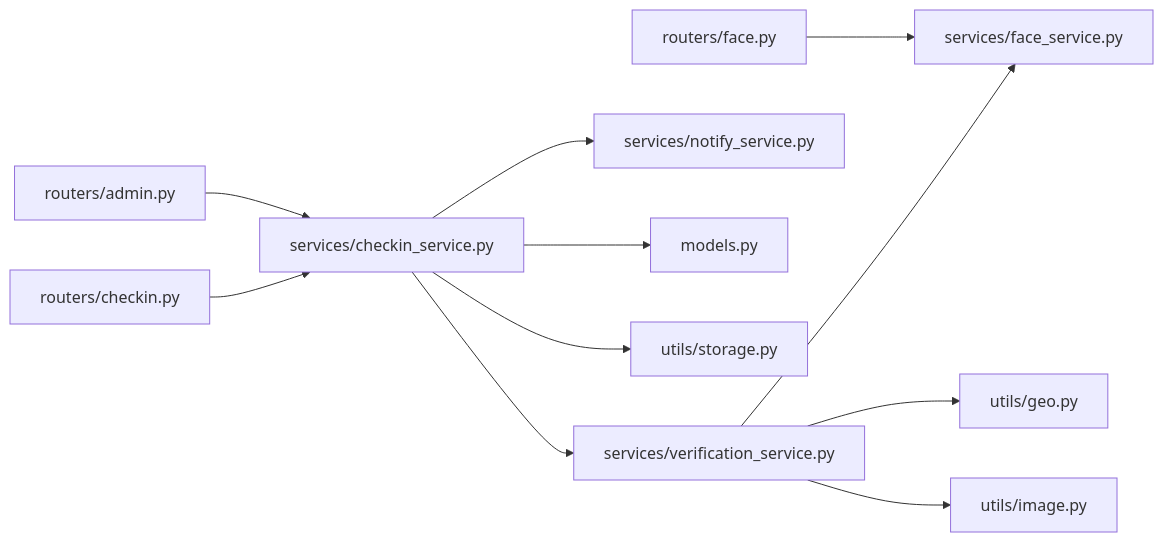
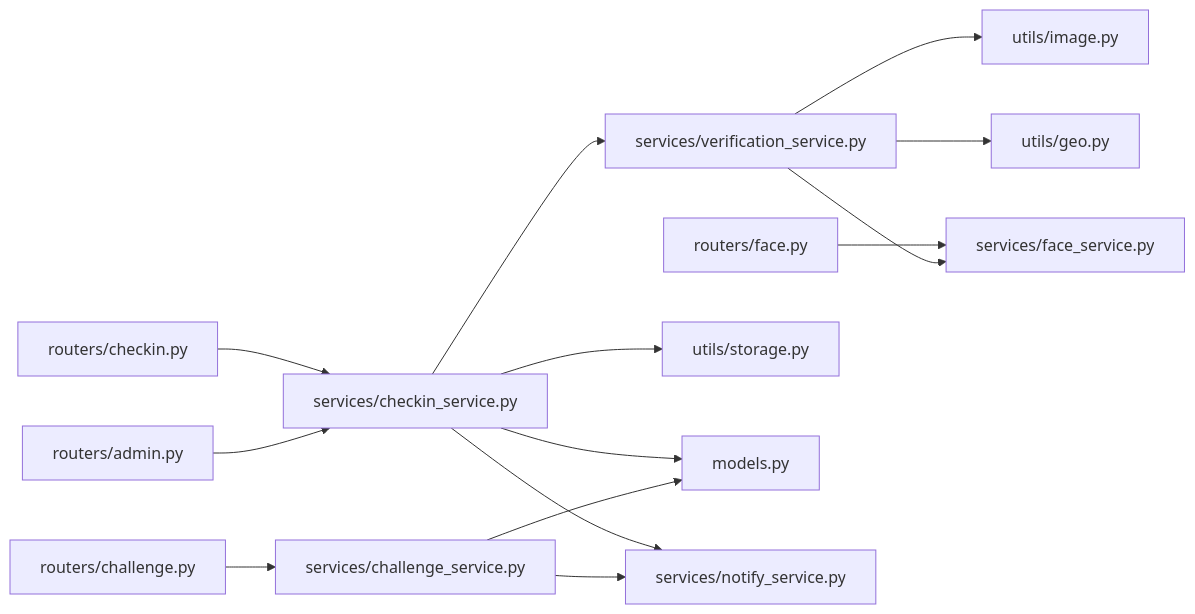
The ninth of 9 diagrams in .qoder/repowiki/zh/content/暑假作业打卡系统/核心业务功能/打卡管理系统.md (onebody/homework), drawn with Mermaid before and after one commit. The commit also changed other lines of this file and 4 other files, not shown here.

````diff
--- a/.qoder/repowiki/zh/content/暑假作业打卡系统/核心业务功能/打卡管理系统.md
+++ b/.qoder/repowiki/zh/content/暑假作业打卡系统/核心业务功能/打卡管理系统.md
@@ -348,13 +459,16 @@
 ```mermaid
 graph LR
 R_Checkin["routers/checkin.py"] --> S_Checkin["services/checkin_service.py"]
 R_Admin["routers/admin.py"] --> S_Checkin
 R_Face["routers/face.py"] --> S_Face["services/face_service.py"]
+R_Challenge["routers/challenge.py"] --> S_Challenge["services/challenge_service.py"]
 S_Checkin --> V_Svc["services/verification_service.py"]
 V_Svc --> U_Image["utils/image.py"]
 V_Svc --> U_Geo["utils/geo.py"]
 V_Svc --> S_Face
 S_Checkin --> U_Store["utils/storage.py"]
 S_Checkin --> Models["models.py"]
 S_Checkin --> Notify["services/notify_service.py"]
+S_Challenge --> Models
+S_Challenge --> Notify
 ```
````
